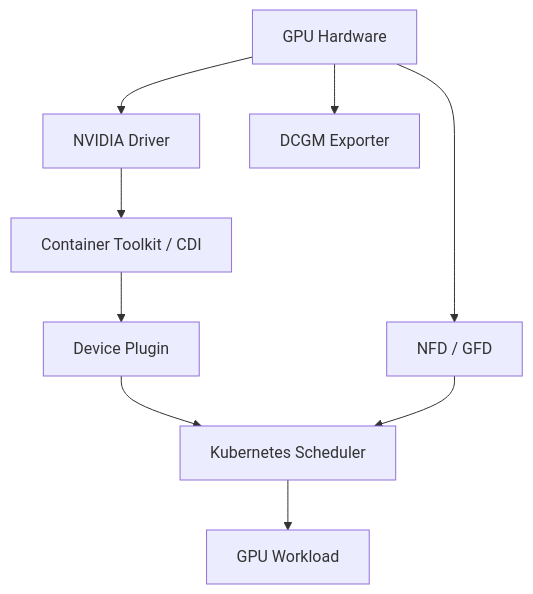
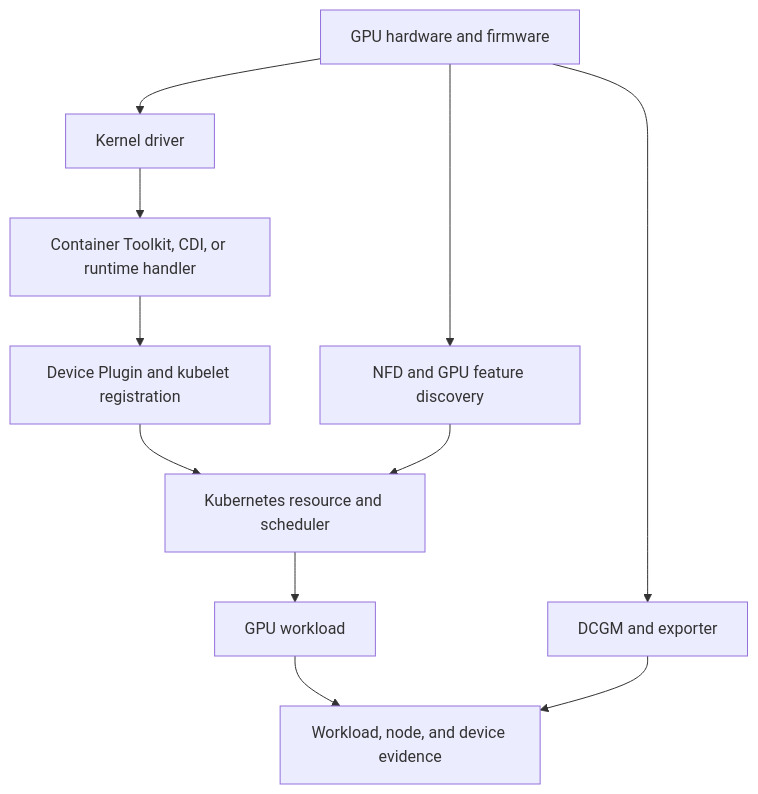
The diagram in docs/nvidia-zero-to-hero/volume-10/chapter-12-volume-10-summary.md (jithinpnjm/nvidia-devops), drawn with Mermaid before and after one commit. The commit also changed other lines of this file and 3 other files, not shown here.

````diff
--- a/docs/nvidia-zero-to-hero/volume-10/chapter-12-volume-10-summary.md
+++ b/docs/nvidia-zero-to-hero/volume-10/chapter-12-volume-10-summary.md
@@ -14,14 +16,13 @@
 ```mermaid
 flowchart TD
-    Hardware[GPU Hardware]
-    Driver[NVIDIA Driver]
-    Toolkit[Container Toolkit / CDI]
-    Plugin[Device Plugin]
-    Discovery[NFD / GFD]
-    Scheduler[Kubernetes Scheduler]
-    Workload[GPU Workload]
-    Monitor[DCGM Exporter]
-    Hardware --> Driver --> Toolkit --> Plugin --> Scheduler --> Workload
-    Hardware --> Discovery --> Scheduler
-    Hardware --> Monitor
+    Hardware[GPU hardware and firmware] --> Driver[Kernel driver]
+    Driver --> Runtime[Container Toolkit, CDI, or runtime handler]
+    Runtime --> Plugin[Device Plugin and kubelet registration]
+    Hardware --> Discovery[NFD and GPU feature discovery]
+    Plugin --> Scheduler[Kubernetes resource and scheduler]
+    Discovery --> Scheduler
+    Scheduler --> Workload[GPU workload]
+    Hardware --> DCGM[DCGM and exporter]
+    Workload --> Evidence[Workload, node, and device evidence]
+    DCGM --> Evidence
 ```
````
